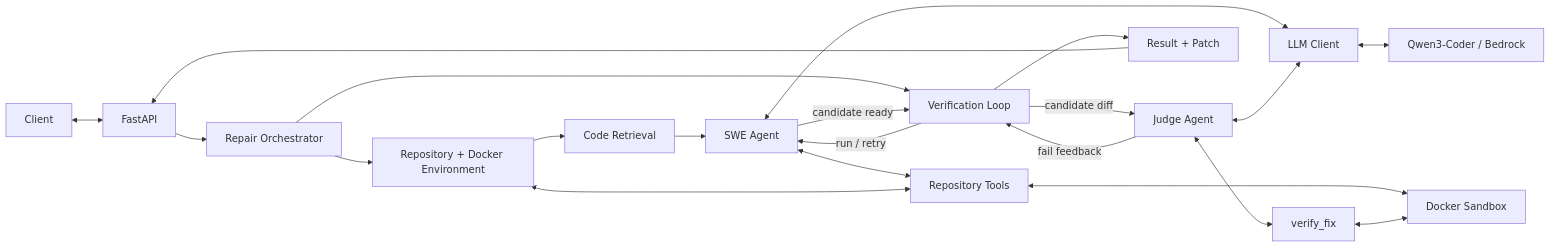
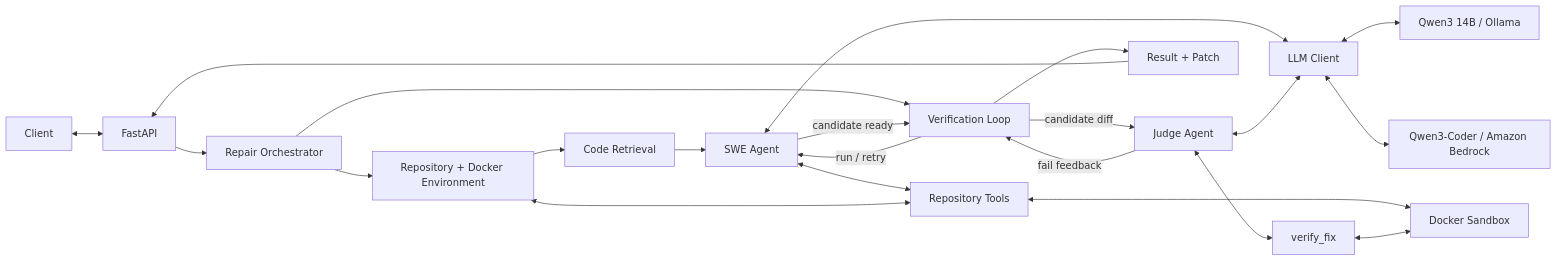
The diagram in README.md (mpopov576/swe_agent), drawn with Mermaid before and after one commit. The commit also changed other lines of this file, not shown here.

````diff
--- a/README.md
+++ b/README.md
@@ -14,30 +14,32 @@
 ```mermaid
 flowchart LR
     Client[Client] <--> API[FastAPI]
     API --> Orchestrator[Repair Orchestrator]
 
     Orchestrator --> Repo[Repository + Docker Environment]
     Orchestrator --> Loop[Verification Loop]
 
     Repo --> Context[Code Retrieval]
     Context --> Agent[SWE Agent]
     Loop -->|run / retry| Agent
 
     Agent <--> LLM[LLM Client]
-    LLM <--> Model[Qwen3-Coder / Bedrock]
+    Judge <--> LLM
+
+    LLM <--> Ollama[Qwen3 14B / Ollama]
+    LLM <--> Bedrock[Qwen3-Coder / Amazon Bedrock]
 
     Agent <--> Tools[Repository Tools]
     Tools <--> Repo
     Tools <--> Docker[Docker Sandbox]
 
     Agent -->|candidate ready| Loop
     Loop -->|candidate diff| Judge[Judge Agent]
 
-    Judge <--> LLM
     Judge <--> Verify[verify_fix]
     Verify <--> Docker
 
     Judge -->|fail feedback| Loop
     Loop --> Result[Result + Patch]
     Result --> API
 ```
````
